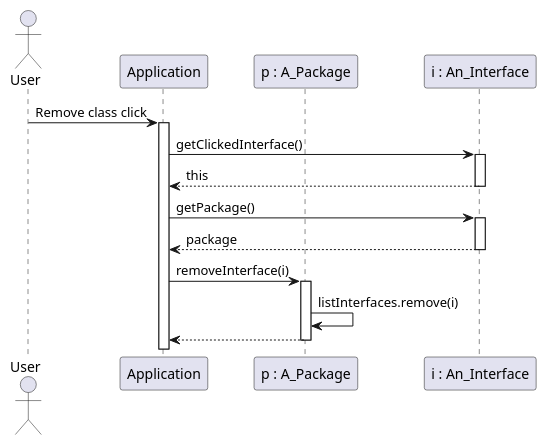
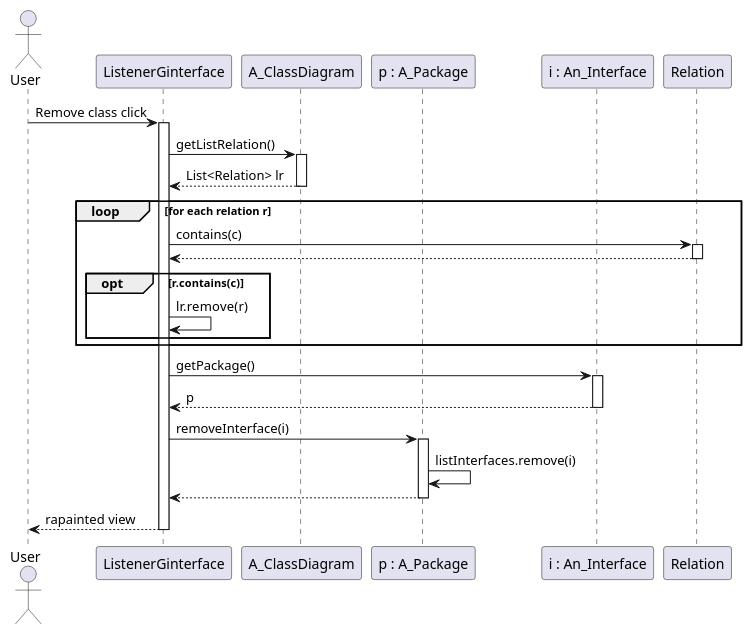
The diagram in src/com/github/tomap/uml/conception/sequenceDiagrams/removeInterface.puml (Phalexei/Modeleur), drawn with PlantUML before and after one commit. The commit also changed 7 other files, not shown here.

Commit message:
diagrammes de séquence

```diff
--- a/src/com/github/tomap/uml/conception/sequenceDiagrams/removeInterface.puml
+++ b/src/com/github/tomap/uml/conception/sequenceDiagrams/removeInterface.puml
@@ -1,29 +1,41 @@
 @startuml
 
     actor User as u
-    participant Application as a
+    participant ListenerGinterface as lgi
+    participant A_ClassDiagram as Cd
     participant "p : A_Package" as p
     participant "i : An_Interface" as i
+    participant Relation as r
 
-        u -> a: Remove class click
-	activate a
+	u -> lgi: Remove class click
+	activate lgi
 
-        a -> i: getClickedInterface()
+        lgi -> Cd: getListRelation()
+        activate Cd
+        Cd --> lgi: List<Relation> lr
+        deactivate Cd
+
+        loop for each relation r
+            lgi -> r: contains(c)
+            activate r
+            r --> lgi
+            deactivate r
+            opt r.contains(c)
+                lgi -> lgi: lr.remove(r)
+            end
+        end
+        
+        lgi -> i: getPackage()
         activate i
-
-        i --> a: this
+        i --> lgi: p
         deactivate i
-
-	a -> i: getPackage()
-	activate i
-        i --> a: package
-        deactivate i
-
-	a -> p: removeInterface(i)
+        
+	lgi -> p: removeInterface(i)
         activate p
         p -> p: listInterfaces.remove(i)
-        p --> a
+        p --> lgi
 	deactivate p
 
-
+        lgi --> u: rapainted view
+        deactivate lgi
 @enduml
```
